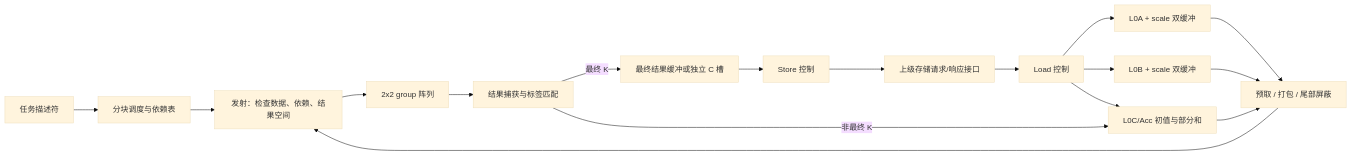
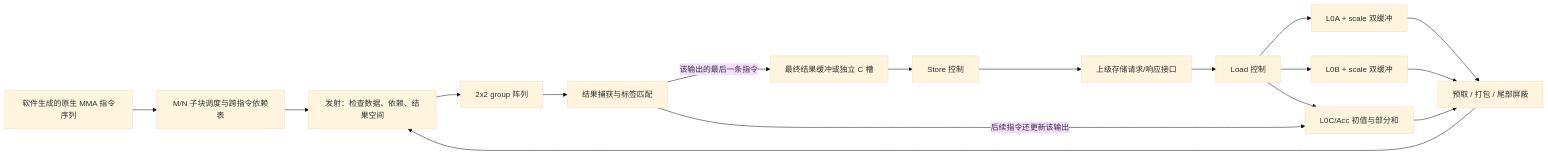
One commit to Futuresxy/DP-Puzzel changed the diagram in hw/spec/array-design-discussion.md. Above: the diagram before and after it, drawn with Mermaid (base theme). The commit also changed other lines of this file and 5 other files, not shown here.

````diff
--- a/hw/spec/array-design-discussion.md
+++ b/hw/spec/array-design-discussion.md
@@ -62,19 +68,19 @@
 ```mermaid
 flowchart LR
-    J[任务描述符] --> S[分块调度与依赖表]
+    J[软件生成的原生 MMA 指令序列] --> S[M/N 子块调度与跨指令依赖表]
     U[上级存储请求/响应接口] --> L[Load 控制]
     L --> A[L0A + scale 双缓冲]
     L --> B[L0B + scale 双缓冲]
     L --> C[L0C/Acc 初值与部分和]
     A --> P[预取 / 打包 / 尾部屏蔽]
     B --> P
     C --> P
     P --> I[发射：检查数据、依赖、结果空间]
     S --> I
     I --> X[2x2 group 阵列]
     X --> W[结果捕获与标签匹配]
-    W -->|非最终 K| C
-    W -->|最终 K| D[最终结果缓冲或独立 C 槽]
+    W -->|后续指令还更新该输出| C
+    W -->|该输出的最后一条指令| D[最终结果缓冲或独立 C 槽]
     D --> T[Store 控制]
     T --> U
 ```
````
